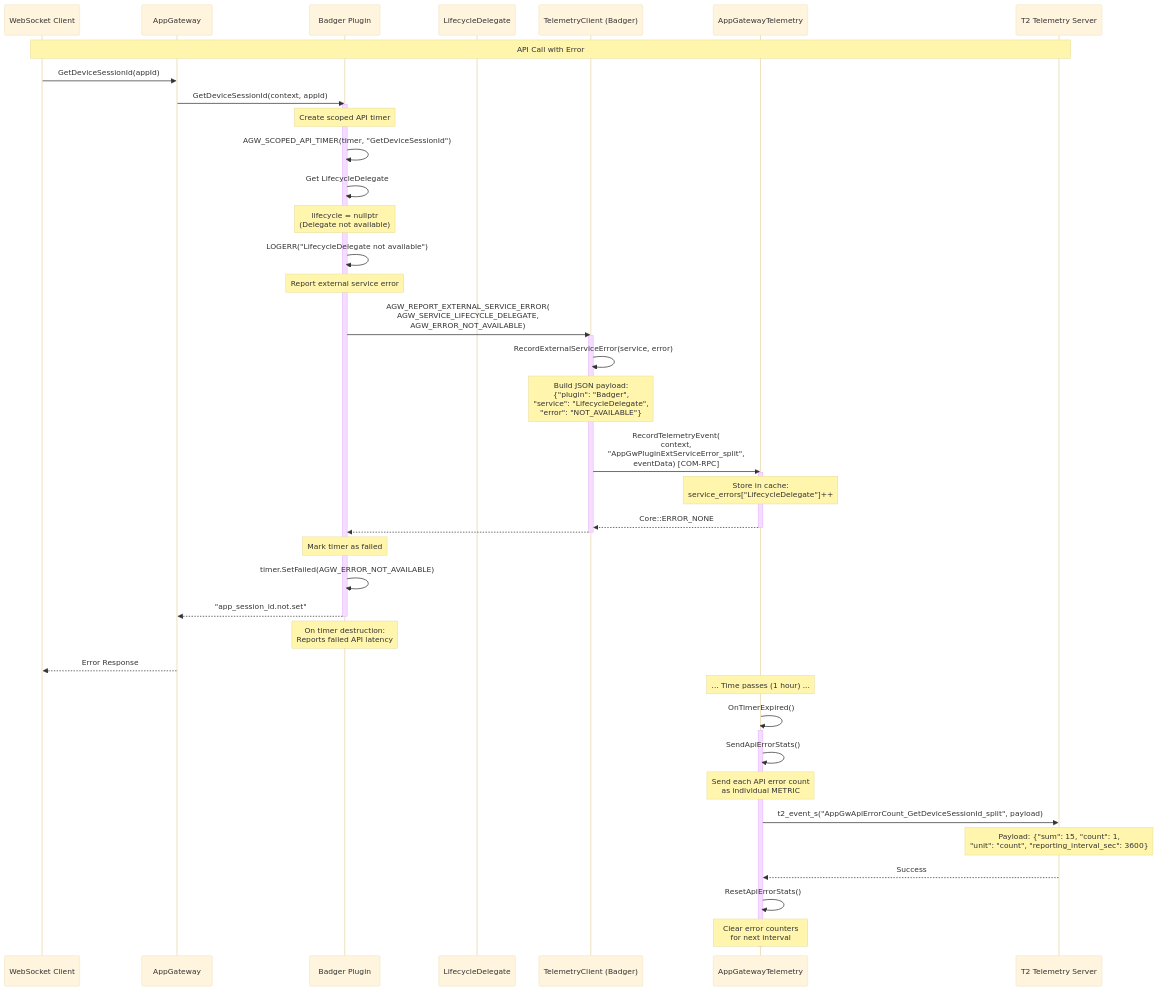
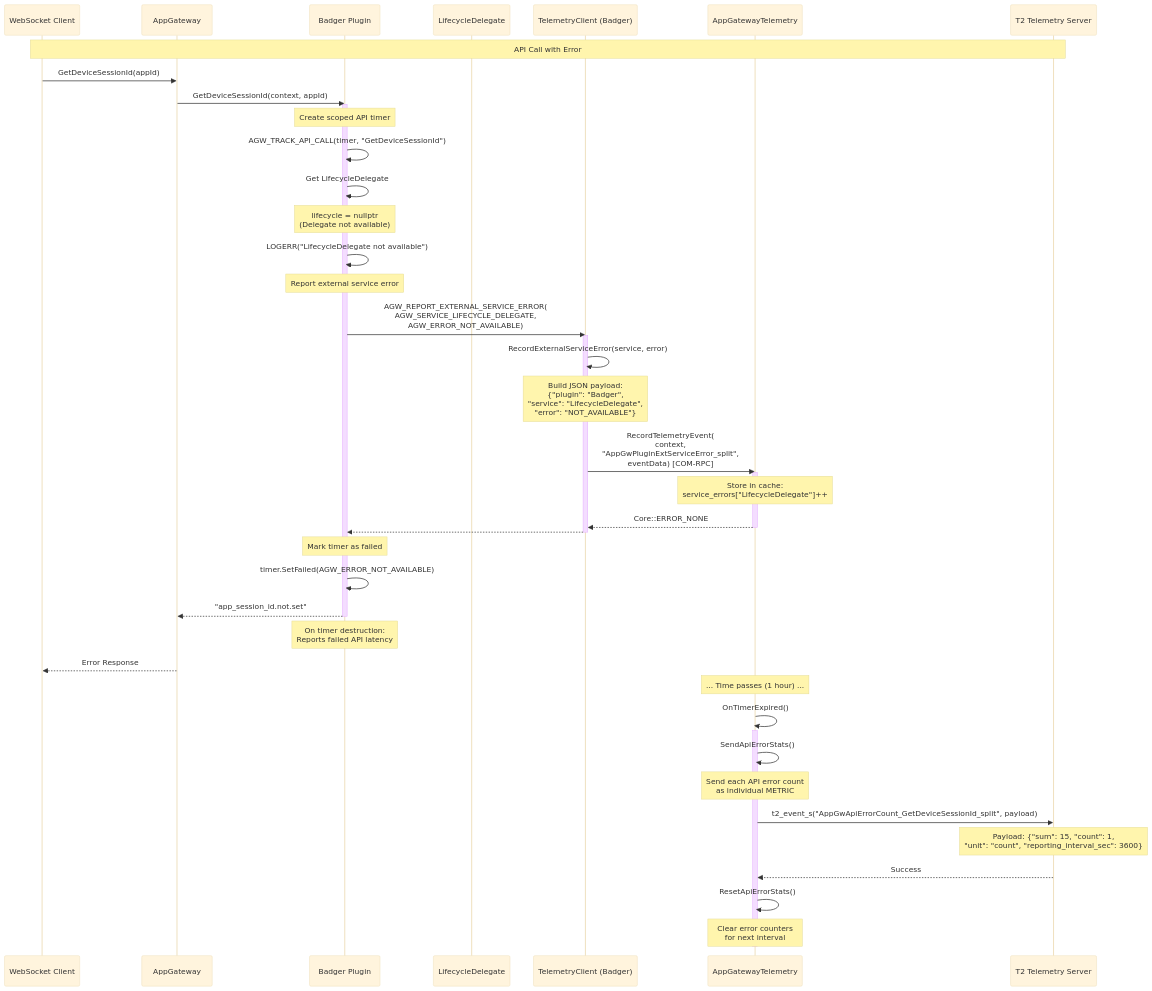
One commit to rdkcentral/entservices-appgateway changed the diagram in AppGateway/docs/sequence-diagrams/03_API_Error_Reporting_Badger.md. Above: the diagram before and after it, drawn with Mermaid (base theme). The commit also changed 5 other files, not shown here.

````diff
--- a/AppGateway/docs/sequence-diagrams/03_API_Error_Reporting_Badger.md
+++ b/AppGateway/docs/sequence-diagrams/03_API_Error_Reporting_Badger.md
@@ -9,71 +9,71 @@
 ```mermaid
 sequenceDiagram
     participant Client as WebSocket Client
     participant AppGw as AppGateway
     participant Badger as Badger Plugin
     participant Lifecycle as LifecycleDelegate
     participant TelemetryClient as TelemetryClient (Badger)
     participant Telemetry as AppGatewayTelemetry
     participant T2 as T2 Telemetry Server
     
     Note over Client,T2: API Call with Error
     
     Client->>AppGw: GetDeviceSessionId(appId)
     AppGw->>Badger: GetDeviceSessionId(context, appId)
     activate Badger
     
     Note over Badger: Create scoped API timer
-    Badger->>Badger: AGW_SCOPED_API_TIMER(timer, "GetDeviceSessionId")
+    Badger->>Badger: AGW_TRACK_API_CALL(timer, "GetDeviceSessionId")
     
     Badger->>Badger: Get LifecycleDelegate
     Note over Badger: lifecycle = nullptr<br/>(Delegate not available)
     
     Badger->>Badger: LOGERR("LifecycleDelegate not available")
     
     Note over Badger: Report external service error
     Badger->>TelemetryClient: AGW_REPORT_EXTERNAL_SERVICE_ERROR(<br/>AGW_SERVICE_LIFECYCLE_DELEGATE,<br/>AGW_ERROR_NOT_AVAILABLE)
     activate TelemetryClient
     
     TelemetryClient->>TelemetryClient: RecordExternalServiceError(service, error)
     
     Note over TelemetryClient: Build JSON payload:<br/>{"plugin": "Badger",<br/> "service": "LifecycleDelegate",<br/> "error": "NOT_AVAILABLE"}
     
     TelemetryClient->>Telemetry: RecordTelemetryEvent(<br/>context,<br/>"AppGwPluginExtServiceError_split",<br/>eventData) [COM-RPC]
     activate Telemetry
     
     Note over Telemetry: Store in cache:<br/>service_errors["LifecycleDelegate"]++
     
     Telemetry-->>TelemetryClient: Core::ERROR_NONE
     deactivate Telemetry
     
     TelemetryClient-->>Badger: 
     deactivate TelemetryClient
     
     Note over Badger: Mark timer as failed
     Badger->>Badger: timer.SetFailed(AGW_ERROR_NOT_AVAILABLE)
     
     Badger-->>AppGw: "app_session_id.not.set"
     deactivate Badger
     
     Note over Badger: On timer destruction:<br/>Reports failed API latency
     
     AppGw-->>Client: Error Response
     
     Note over Telemetry: ... Time passes (1 hour) ...
     
     Telemetry->>Telemetry: OnTimerExpired()
     activate Telemetry
     
     Telemetry->>Telemetry: SendApiErrorStats()
     
     Note over Telemetry: Send each API error count<br/>as individual METRIC
     
     Telemetry->>T2: t2_event_s("AppGwApiErrorCount_GetDeviceSessionId_split", payload)
     Note over T2: Payload: {"sum": 15, "count": 1,<br/>"unit": "count", "reporting_interval_sec": 3600}
     T2-->>Telemetry: Success
     
     Telemetry->>Telemetry: ResetApiErrorStats()
     Note over Telemetry: Clear error counters<br/>for next interval
     
     deactivate Telemetry
 ```
````
